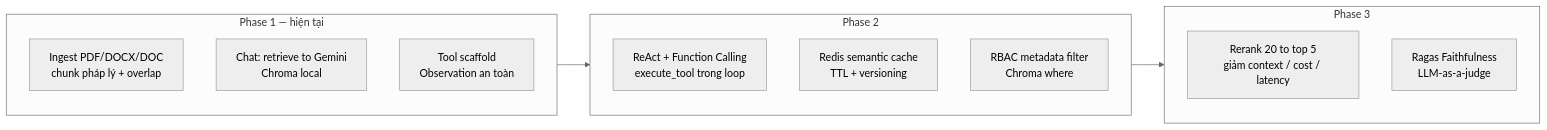
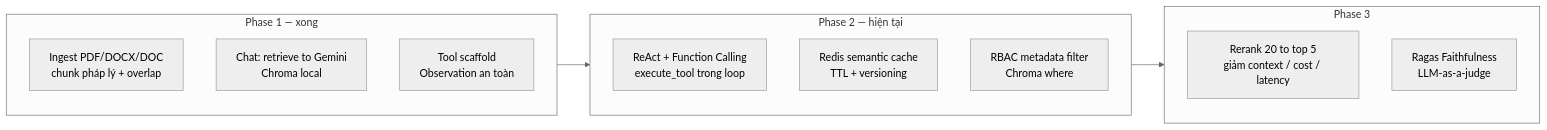
Before and after one commit to ducchungtx/advanced-rag-agent: diagram 13 of 13 in docs/architecture.md, drawn with Mermaid (neutral theme). The commit also changed other lines of this file and 6 other files, not shown here.

````diff
--- a/docs/architecture.md
+++ b/docs/architecture.md
@@ -410,21 +454,21 @@
 ```mermaid
 flowchart LR
-    subgraph P1["Phase 1 — hiện tại"]
+    subgraph P1["Phase 1 — xong"]
         A1[Ingest PDF/DOCX/DOC<br/>chunk pháp lý + overlap]
         A2[Chat: retrieve to Gemini<br/>Chroma local]
         A3[Tool scaffold<br/>Observation an toàn]
     end
 
-    subgraph P2["Phase 2"]
+    subgraph P2["Phase 2 — hiện tại"]
         B1[ReAct + Function Calling<br/>execute_tool trong loop]
         B2[Redis semantic cache<br/>TTL + versioning]
         B3[RBAC metadata filter<br/>Chroma where]
     end
 
     subgraph P3["Phase 3"]
         C1[Rerank 20 to top 5<br/>giảm context / cost / latency]
         C2[Ragas Faithfulness<br/>LLM-as-a-judge]
     end
 
     P1 --> P2 --> P3
 ```
````
